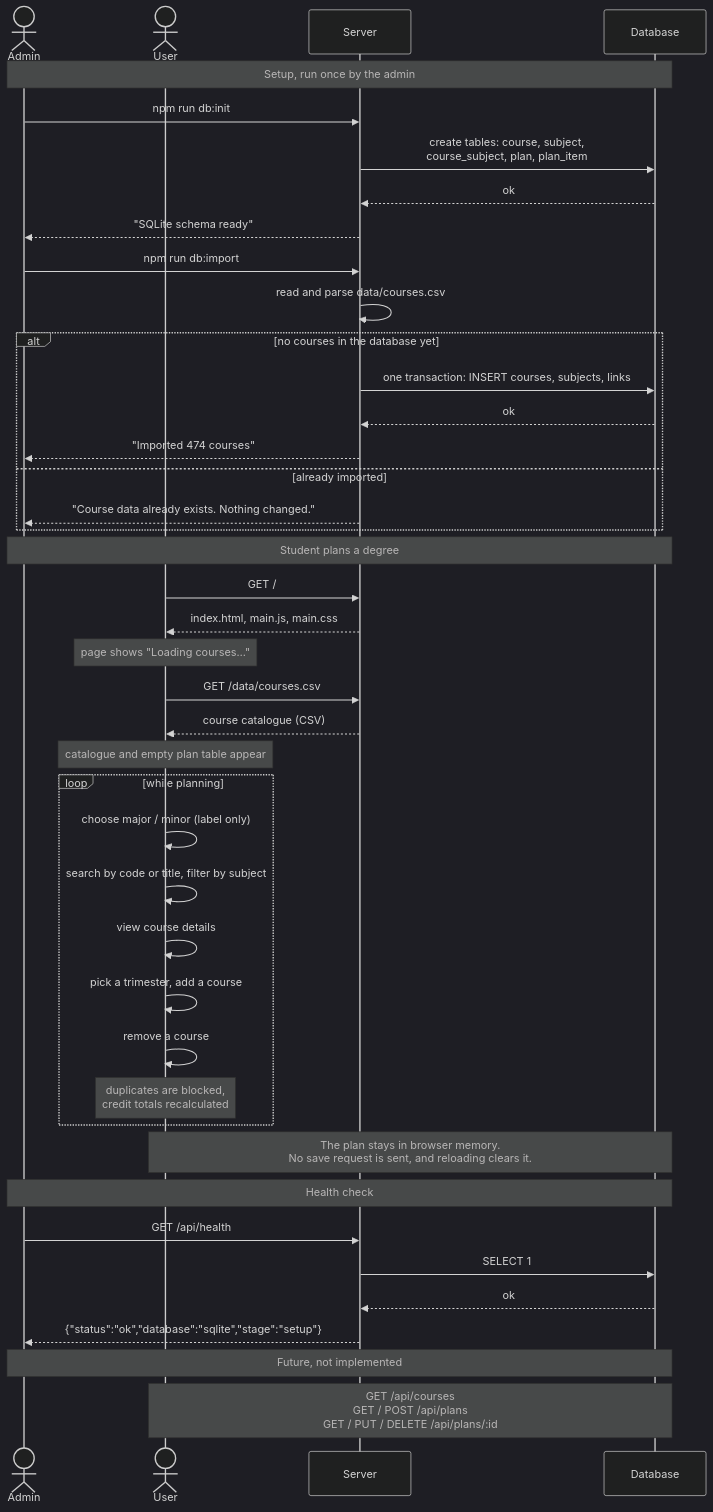
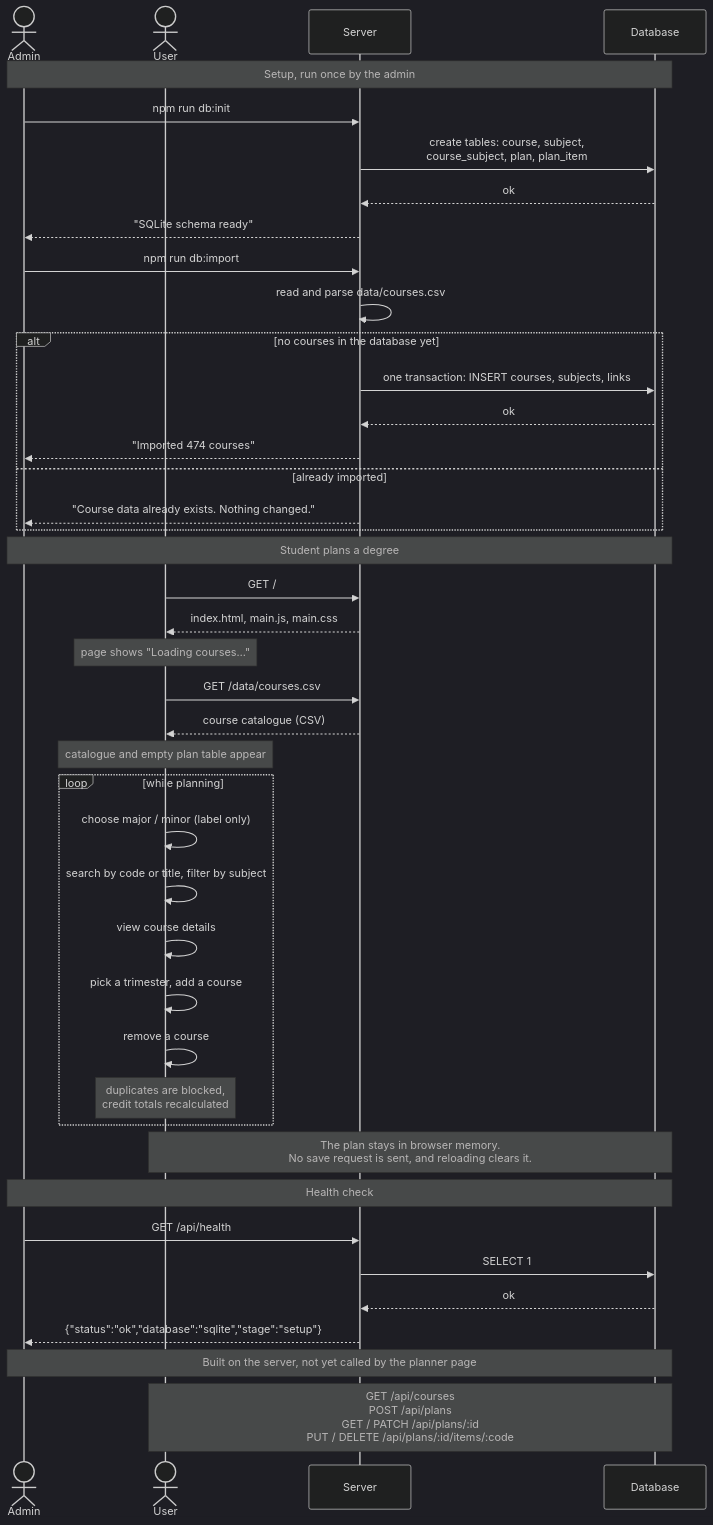
Before and after one commit to tdvnm/software_design: the diagram in docs/sequence-diagram.md, drawn with Mermaid (dark theme). The commit also changed other lines of this file and 18 other files, not shown here.

First line of the commit message:
python backend with course/plan api, planner reads courses from sqlite

````diff
--- a/docs/sequence-diagram.md
+++ b/docs/sequence-diagram.md
@@ -12,48 +12,48 @@
 ```mermaid
 sequenceDiagram
     actor Admin
     actor User
     participant Server
     participant Database
 
     Note over Admin,Database: Setup, run once by the admin
     Admin->>Server: npm run db:init
     Server->>Database: create tables: course, subject,<br/>course_subject, plan, plan_item
     Database-->>Server: ok
     Server-->>Admin: "SQLite schema ready"
     Admin->>Server: npm run db:import
     Server->>Server: read and parse data/courses.csv
     alt no courses in the database yet
         Server->>Database: one transaction: INSERT courses, subjects, links
         Database-->>Server: ok
         Server-->>Admin: "Imported 474 courses"
     else already imported
         Server-->>Admin: "Course data already exists. Nothing changed."
     end
 
     Note over Admin,Database: Student plans a degree
     User->>Server: GET /
     Server-->>User: index.html, main.js, main.css
     Note over User: page shows "Loading courses…"
     User->>Server: GET /data/courses.csv
     Server-->>User: course catalogue (CSV)
     Note over User: catalogue and empty plan table appear
     loop while planning
         User->>User: choose major / minor (label only)
         User->>User: search by code or title, filter by subject
         User->>User: view course details
         User->>User: pick a trimester, add a course
         User->>User: remove a course
         Note over User: duplicates are blocked,<br/>credit totals recalculated
     end
     Note over User,Database: The plan stays in browser memory.<br/>No save request is sent, and reloading clears it.
 
     Note over Admin,Database: Health check
     Admin->>Server: GET /api/health
     Server->>Database: SELECT 1
     Database-->>Server: ok
     Server-->>Admin: {"status":"ok","database":"sqlite","stage":"setup"}
 
-    Note over Admin,Database: Future, not implemented
-    Note over User,Database: GET /api/courses<br/>GET / POST /api/plans<br/>GET / PUT / DELETE /api/plans/:id
+    Note over Admin,Database: Built on the server, not yet called by the planner page
+    Note over User,Database: GET /api/courses<br/>POST /api/plans<br/>GET / PATCH /api/plans/:id<br/>PUT / DELETE /api/plans/:id/items/:code
 ```
````
